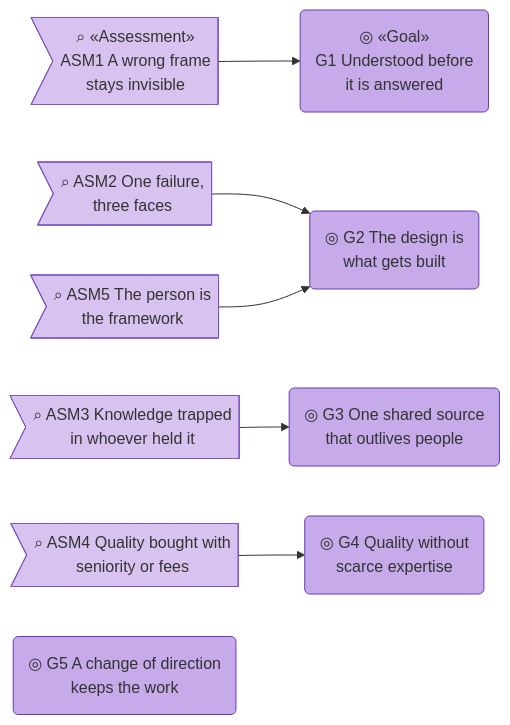
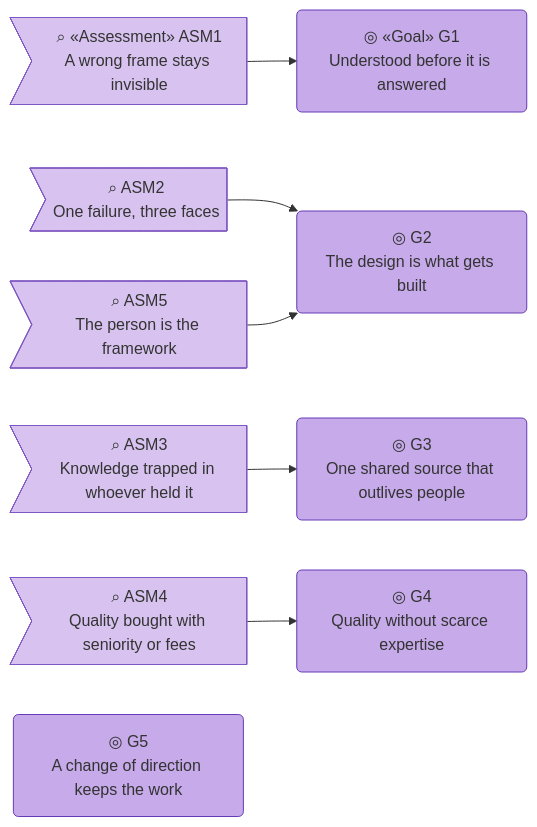
One commit to roanboc/architecture-archreator changed the fourth of 7 diagrams in organization/docs/ea/1_strategy/1_motivation.md. Above: the diagram before and after it, drawn with Mermaid. The commit also changed other lines of this file and 6 other files, not shown here.

````diff
--- a/organization/docs/ea/1_strategy/1_motivation.md
+++ b/organization/docs/ea/1_strategy/1_motivation.md
@@ -180,23 +180,23 @@
 ```mermaid
 flowchart LR
-  asm1>"⌕ «Assessment»<br>ASM1 A wrong frame<br>stays invisible"]:::assessment
-  asm2>"⌕ ASM2 One failure,<br>three faces"]:::assessment
-  asm3>"⌕ ASM3 Knowledge trapped<br>in whoever held it"]:::assessment
-  asm4>"⌕ ASM4 Quality bought with<br>seniority or fees"]:::assessment
-  asm5>"⌕ ASM5 The person is<br>the framework"]:::assessment
+  asm1>"⌕ «Assessment» ASM1<br>A wrong frame stays invisible"]:::assessment
+  asm2>"⌕ ASM2<br>One failure, three faces"]:::assessment
+  asm3>"⌕ ASM3<br>Knowledge trapped in whoever held it"]:::assessment
+  asm4>"⌕ ASM4<br>Quality bought with seniority or fees"]:::assessment
+  asm5>"⌕ ASM5<br>The person is the framework"]:::assessment
 
-  g1("◎ «Goal»<br>G1 Understood before<br>it is answered"):::goal
-  g2("◎ G2 The design is<br>what gets built"):::goal
-  g3("◎ G3 One shared source<br>that outlives people"):::goal
-  g4("◎ G4 Quality without<br>scarce expertise"):::goal
-  g5("◎ G5 A change of direction<br>keeps the work"):::goal
+  g1("◎ «Goal» G1<br>Understood before it is answered"):::goal
+  g2("◎ G2<br>The design is what gets built"):::goal
+  g3("◎ G3<br>One shared source that outlives people"):::goal
+  g4("◎ G4<br>Quality without scarce expertise"):::goal
+  g5("◎ G5<br>A change of direction keeps the work"):::goal
 
   asm1 --> g1
   asm2 --> g2
   asm5 --> g2
   asm3 --> g3
   asm4 --> g4
 
   classDef assessment fill:#d8c3f0,stroke:#7e57c2,color:#333
   classDef goal fill:#c6aae9,stroke:#673ab7,color:#333
 ```
````
